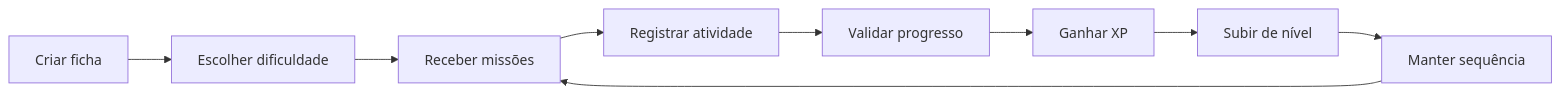
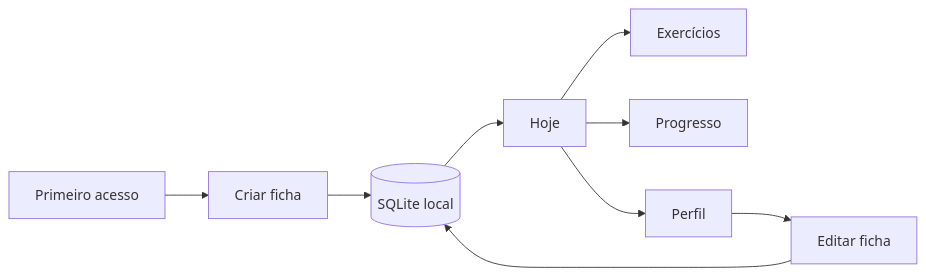
Before and after one commit to tombemol/I.C.A.R.O: the first of 2 diagrams in README.md, drawn with Mermaid. The commit also changed other lines of this file and 21 other files, not shown here.

````diff
--- a/README.md
+++ b/README.md
@@ -21,11 +24,11 @@
 ```mermaid
 flowchart LR
-  A[Criar ficha] --> B[Escolher dificuldade]
-  B --> C[Receber missões]
-  C --> D[Registrar atividade]
-  D --> E[Validar progresso]
-  E --> F[Ganhar XP]
-  F --> G[Subir de nível]
-  G --> H[Manter sequência]
+  A[Primeiro acesso] --> B[Criar ficha]
+  B --> C[(SQLite local)]
+  C --> D[Hoje]
+  D --> E[Exercícios]
+  D --> F[Progresso]
+  D --> G[Perfil]
+  G --> H[Editar ficha]
   H --> C
 ```
````
